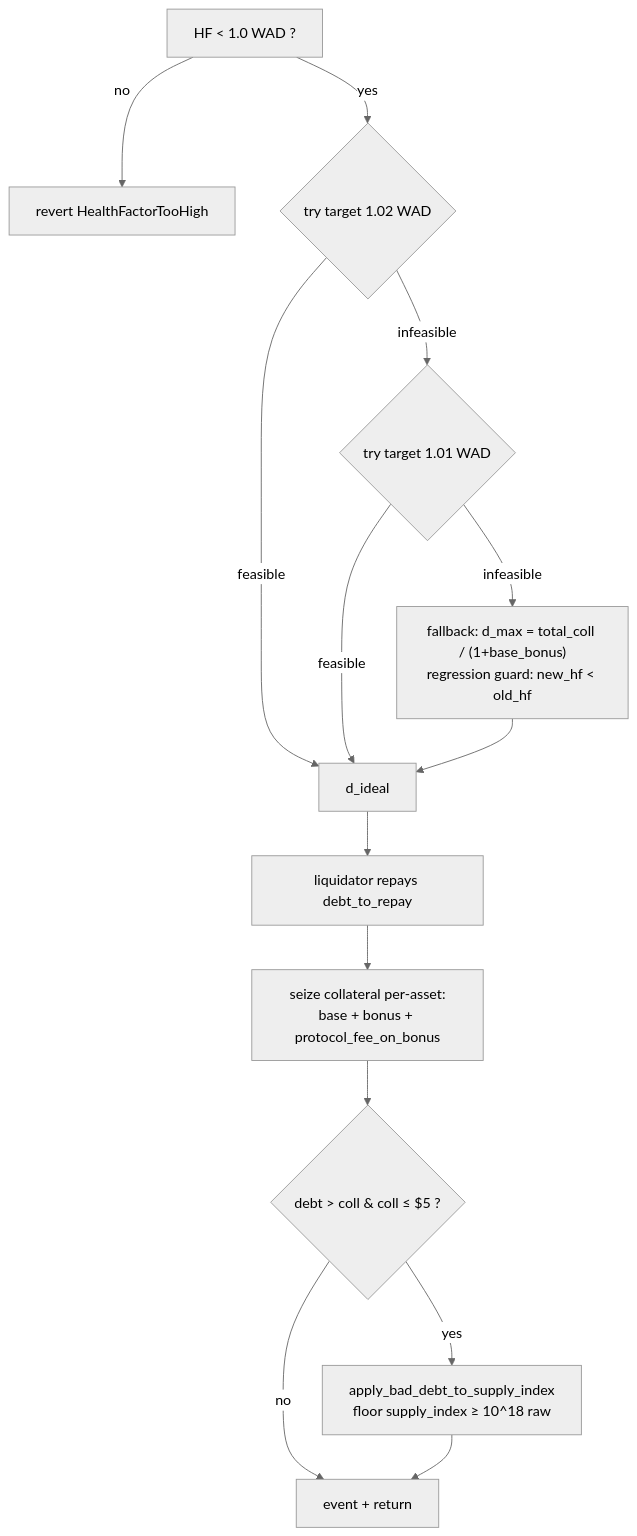
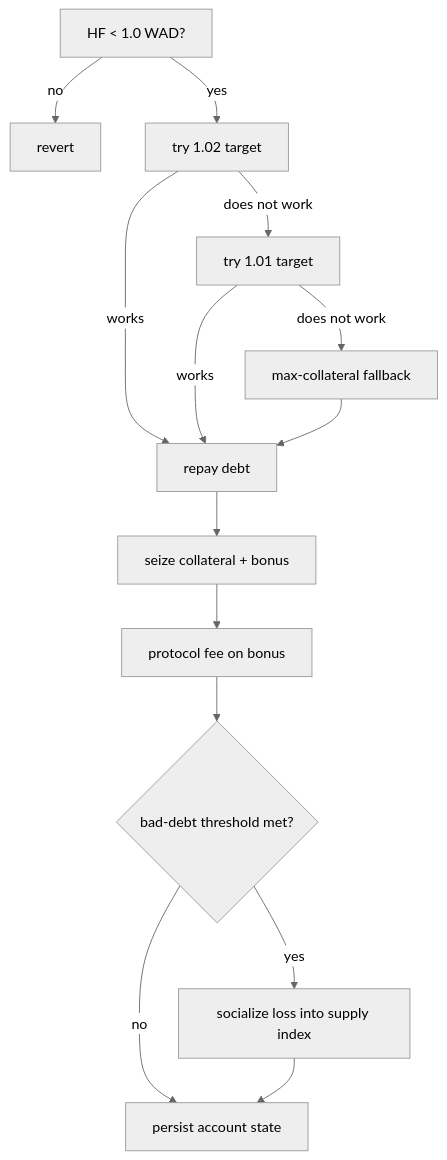
One commit to XOXNO/rs-lending-xlm changed the second of 3 diagrams in architecture/INVARIANTS.md. Above: the diagram before and after it, drawn with Mermaid (neutral theme). The commit also changed other lines of this file and 332 other files, not shown here.

````diff
--- a/architecture/INVARIANTS.md
+++ b/architecture/INVARIANTS.md
@@ -158,16 +250,16 @@
 ```mermaid
 flowchart TD
-    A["HF < 1.0 WAD ?"] -->|no| REV["revert HealthFactorTooHigh"]
-    A -->|yes| T102{"try target 1.02 WAD"}
-    T102 -->|feasible| D["d_ideal"]
-    T102 -->|infeasible| T101{"try target 1.01 WAD"}
-    T101 -->|feasible| D
-    T101 -->|infeasible| FB["fallback: d_max = total_coll / (1+base_bonus)<br/>regression guard: new_hf < old_hf"]
-    FB --> D
-    D --> REP["liquidator repays debt_to_repay"]
-    REP --> SEIZE["seize collateral per-asset:<br/>base + bonus + protocol_fee_on_bonus"]
-    SEIZE --> BAD{"debt > coll &amp; coll ≤ $5 ?"}
-    BAD -->|yes| SOCIAL["apply_bad_debt_to_supply_index<br/>floor supply_index ≥ 10^18 raw"]
-    BAD -->|no| OK["event + return"]
-    SOCIAL --> OK
+    A["HF < 1.0 WAD?"] -->|no| R["revert"]
+    A -->|yes| B["try 1.02 target"]
+    B -->|works| E["repay debt"]
+    B -->|does not work| C["try 1.01 target"]
+    C -->|works| E
+    C -->|does not work| D["max-collateral fallback"]
+    D --> E
+    E --> F["seize collateral + bonus"]
+    F --> G["protocol fee on bonus"]
+    G --> H{"bad-debt threshold met?"}
+    H -->|yes| I["socialize loss into supply index"]
+    H -->|no| J["persist account state"]
+    I --> J
 ```
````
